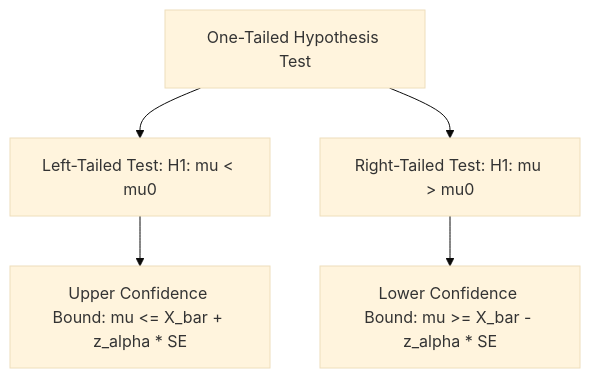
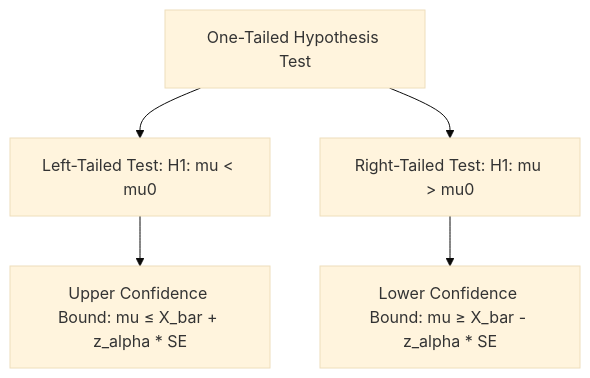
Before and after one commit to YatishGowda09/Sem-3-CSE-Notes: the second of 3 diagrams in Maths/Unit 4/L03 - Confidence Intervals and Hypothesis Testing Relationship.md, drawn with Mermaid (base theme). The commit also changed 70 other files, not shown here.

First line of the commit message:
Fix Mermaid diagram syntax for GitHub rendering compatibility

````diff
--- a/Maths/Unit 4/L03 - Confidence Intervals and Hypothesis Testing Relationship.md
+++ b/Maths/Unit 4/L03 - Confidence Intervals and Hypothesis Testing Relationship.md
@@ -97,7 +97,7 @@
 ```mermaid
 flowchart TD
-    Direction["One-Tailed Hypothesis Test"] --> LeftTest["Left-Tailed Test: H1: mu < mu0"]
-    Direction --> RightTest["Right-Tailed Test: H1: mu > mu0"]
-    LeftTest --> UpperBound["Upper Confidence Bound: mu <= X_bar + z_alpha * SE"]
-    RightTest --> LowerBound["Lower Confidence Bound: mu >= X_bar - z_alpha * SE"]
+    Direction["One-Tailed Hypothesis Test"] --> LeftTest["Left-Tailed Test: H1: mu &lt; mu0"]
+    Direction --> RightTest["Right-Tailed Test: H1: mu &gt; mu0"]
+    LeftTest --> UpperBound["Upper Confidence Bound: mu &le; X_bar + z_alpha * SE"]
+    RightTest --> LowerBound["Lower Confidence Bound: mu &ge; X_bar - z_alpha * SE"]
 ```
````
